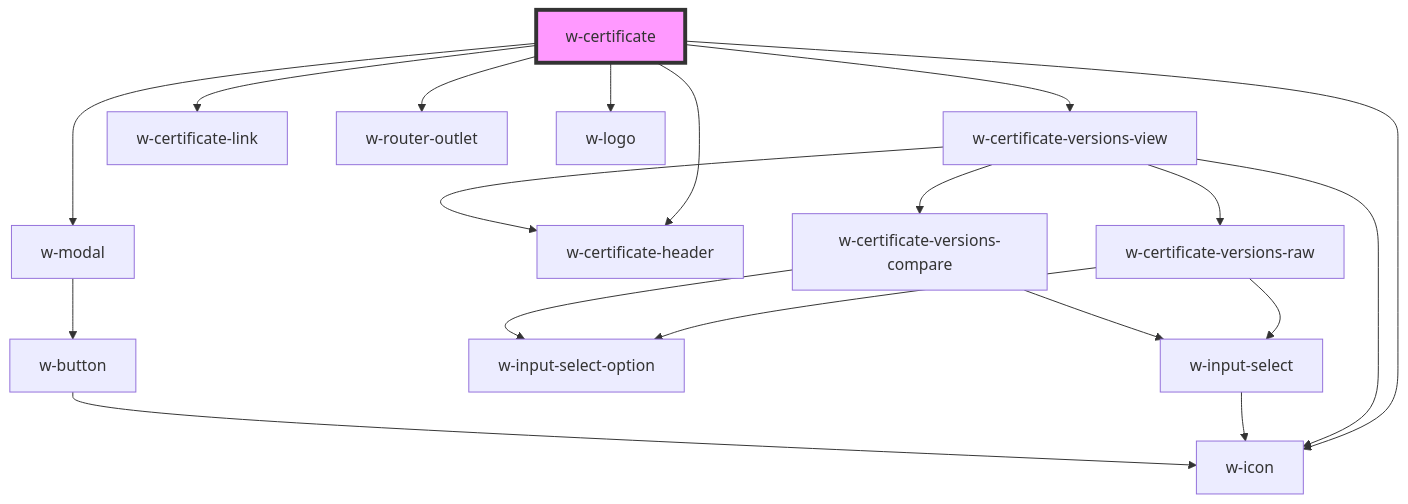
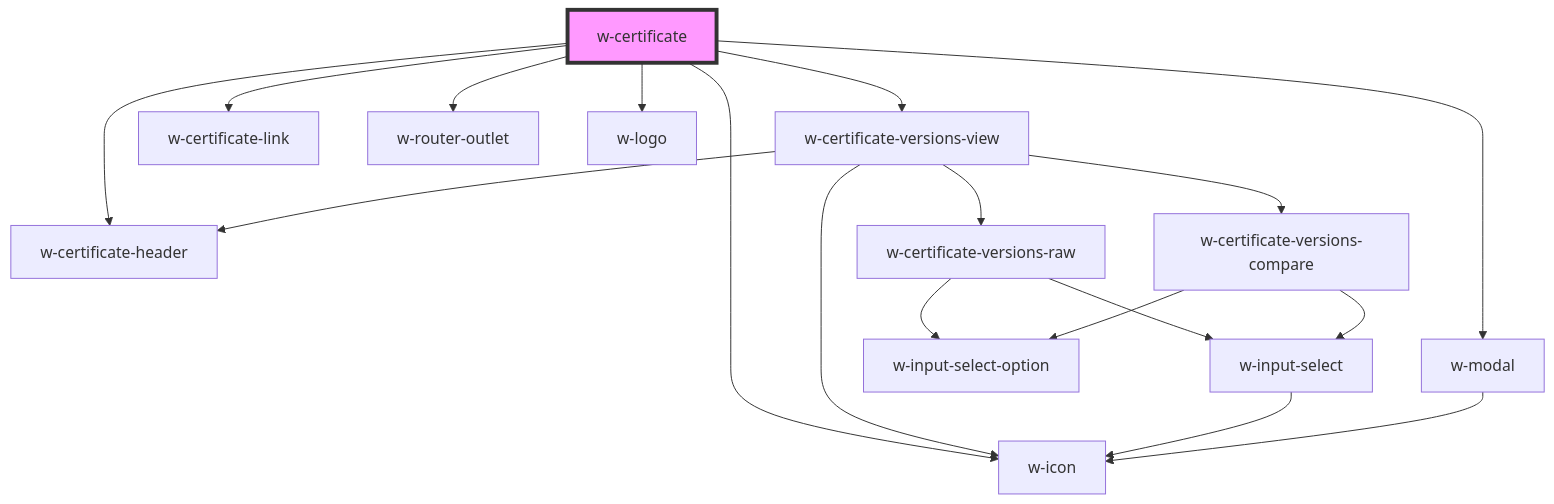
One commit to wordproof/ui changed the diagram in src/components/w-certificate/readme.md. Above: the diagram before and after it, drawn with Mermaid. The commit also changed 3 other files, not shown here.

````diff
--- a/src/components/w-certificate/readme.md
+++ b/src/components/w-certificate/readme.md
@@ -29,22 +29,21 @@
 ```mermaid
 graph TD;
   w-certificate --> w-certificate-versions-view
   w-certificate --> w-certificate-link
   w-certificate --> w-modal
   w-certificate --> w-router-outlet
   w-certificate --> w-certificate-header
   w-certificate --> w-logo
   w-certificate --> w-icon
   w-certificate-versions-view --> w-certificate-header
   w-certificate-versions-view --> w-certificate-versions-raw
   w-certificate-versions-view --> w-certificate-versions-compare
   w-certificate-versions-view --> w-icon
   w-certificate-versions-raw --> w-input-select
   w-certificate-versions-raw --> w-input-select-option
   w-input-select --> w-icon
   w-certificate-versions-compare --> w-input-select
   w-certificate-versions-compare --> w-input-select-option
-  w-modal --> w-button
-  w-button --> w-icon
+  w-modal --> w-icon
   style w-certificate fill:#f9f,stroke:#333,stroke-width:4px
 ```
````
